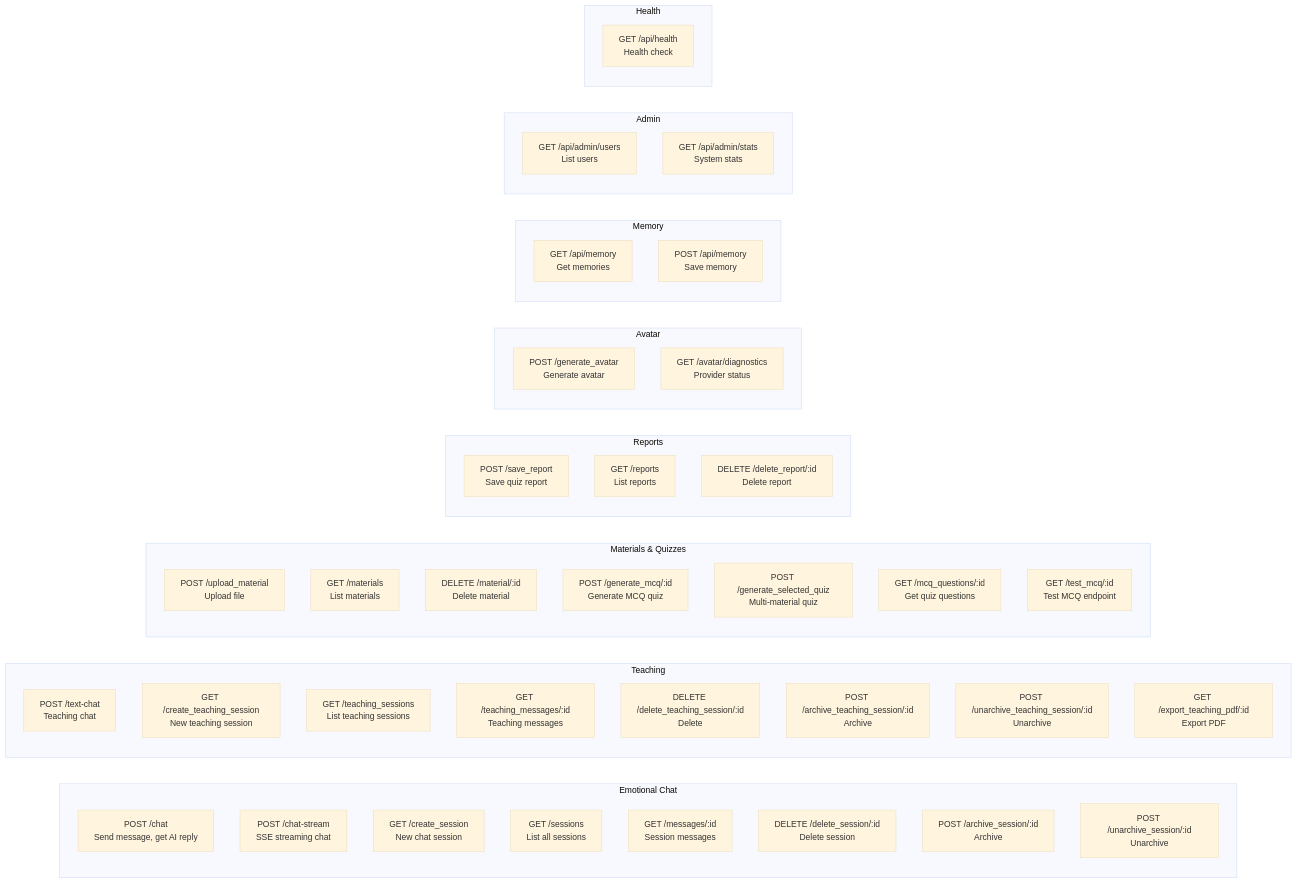
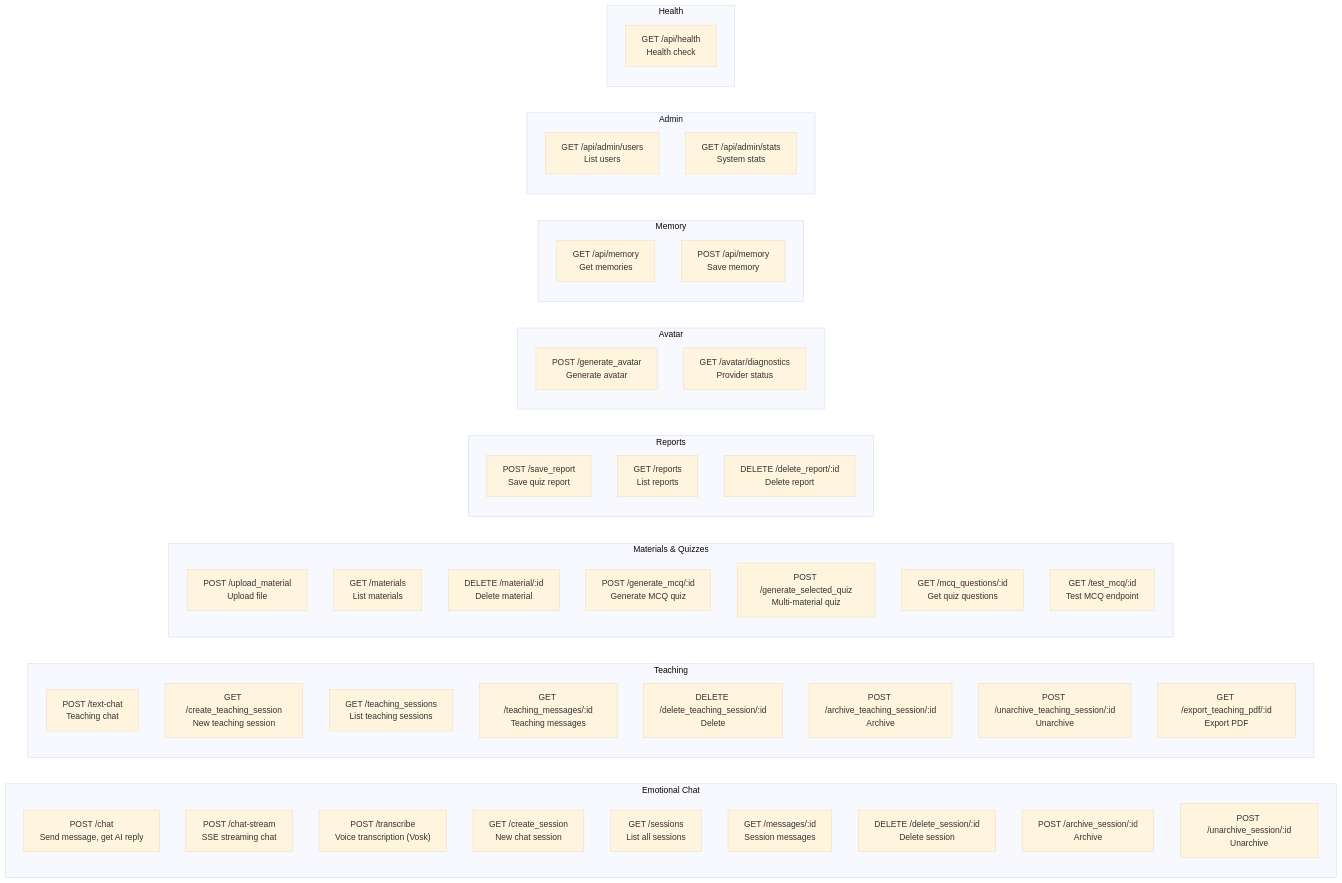
One commit to t3729010-del/falcon_ai changed the first of 3 diagrams in maps/map.md. Above: the diagram before and after it, drawn with Mermaid (base theme). The commit also changed other lines of this file and 4 other files, not shown here.

````diff
--- a/maps/map.md
+++ b/maps/map.md
@@ -57,59 +58,60 @@
 ```mermaid
 graph LR
     subgraph Chat["Emotional Chat"]
         CHAT["POST /chat<br/>Send message, get AI reply"]
         CHATSTREAM["POST /chat-stream<br/>SSE streaming chat"]
+        TRANSCRIBE["POST /transcribe<br/>Voice transcription (Vosk)"]
         CS["GET /create_session<br/>New chat session"]
         SES["GET /sessions<br/>List all sessions"]
         MSG["GET /messages/:id<br/>Session messages"]
         DEL["DELETE /delete_session/:id<br/>Delete session"]
         ARC["POST /archive_session/:id<br/>Archive"]
         UARC["POST /unarchive_session/:id<br/>Unarchive"]
     end
 
     subgraph Teach["Teaching"]
         TCHAT["POST /text-chat<br/>Teaching chat"]
         TCS["GET /create_teaching_session<br/>New teaching session"]
         TSES["GET /teaching_sessions<br/>List teaching sessions"]
         TMSG["GET /teaching_messages/:id<br/>Teaching messages"]
         TDEL["DELETE /delete_teaching_session/:id<br/>Delete"]
         TARC["POST /archive_teaching_session/:id<br/>Archive"]
         TUARC["POST /unarchive_teaching_session/:id<br/>Unarchive"]
         PDF["GET /export_teaching_pdf/:id<br/>Export PDF"]
     end
 
     subgraph Mat["Materials & Quizzes"]
         UPLOAD["POST /upload_material<br/>Upload file"]
         MATS["GET /materials<br/>List materials"]
         MATDEL["DELETE /material/:id<br/>Delete material"]
         MCQ["POST /generate_mcq/:id<br/>Generate MCQ quiz"]
         MCQS["POST /generate_selected_quiz<br/>Multi-material quiz"]
         MCQGET["GET /mcq_questions/:id<br/>Get quiz questions"]
         MCQTEST["GET /test_mcq/:id<br/>Test MCQ endpoint"]
     end
 
     subgraph Rep["Reports"]
         SREP["POST /save_report<br/>Save quiz report"]
         GREP["GET /reports<br/>List reports"]
         DREP["DELETE /delete_report/:id<br/>Delete report"]
     end
 
     subgraph Avt["Avatar"]
         AVGEN["POST /generate_avatar<br/>Generate avatar"]
         AVDIAG["GET /avatar/diagnostics<br/>Provider status"]
     end
 
     subgraph Mem["Memory"]
         MGET["GET /api/memory<br/>Get memories"]
         MPOST["POST /api/memory<br/>Save memory"]
     end
 
     subgraph Adm["Admin"]
         AUSR["GET /api/admin/users<br/>List users"]
         ASTS["GET /api/admin/stats<br/>System stats"]
     end
 
     subgraph Health["Health"]
         HLTH["GET /api/health<br/>Health check"]
     end
 ```
````
